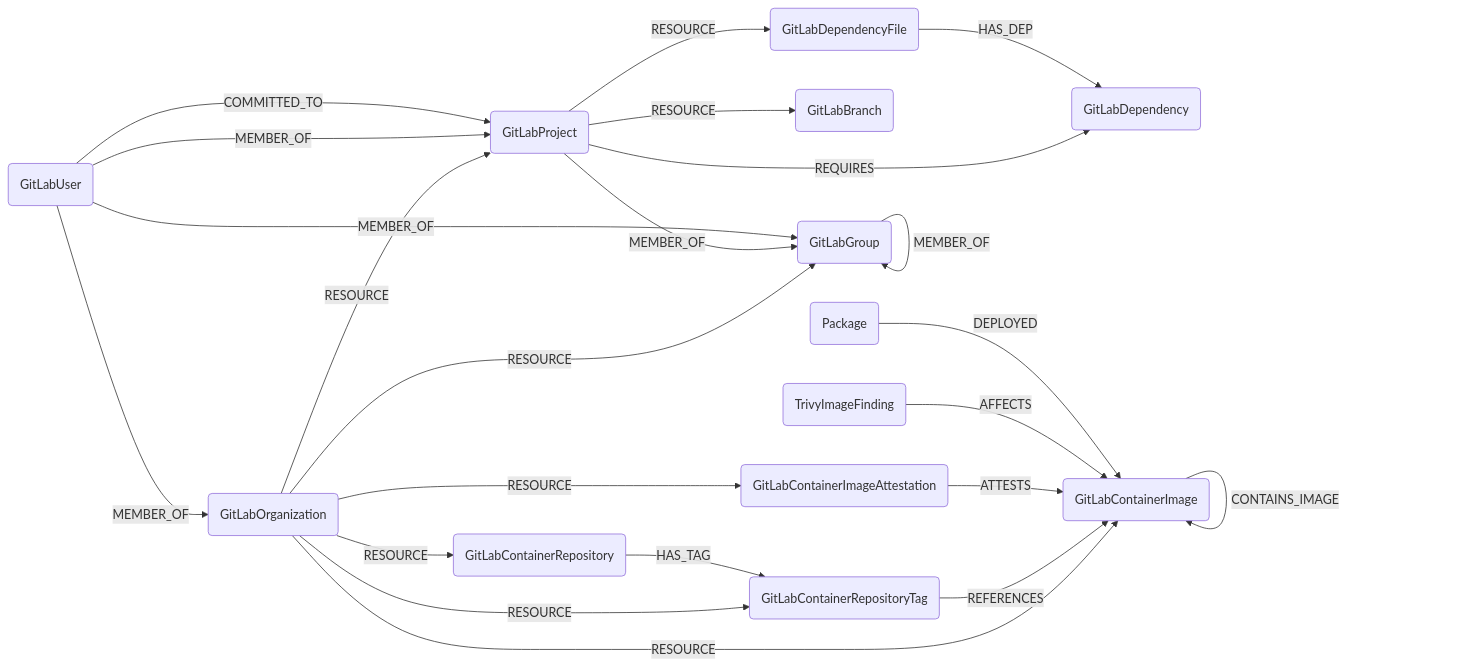
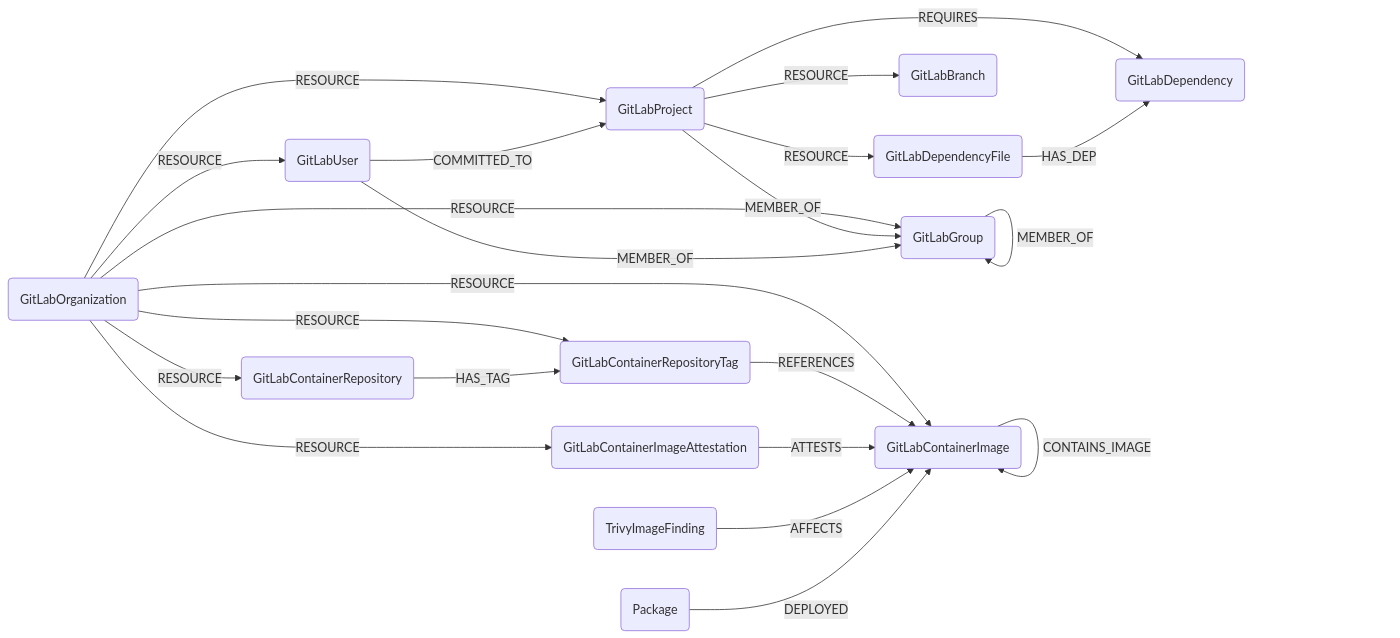
The diagram in docs/root/modules/gitlab/schema.md (cartography-cncf/cartography), drawn with Mermaid before and after one commit. The commit also changed other lines of this file and 6 other files, not shown here.

````diff
--- a/docs/root/modules/gitlab/schema.md
+++ b/docs/root/modules/gitlab/schema.md
@@ -3,30 +3,29 @@
 ```mermaid
 graph LR
 
 O(GitLabOrganization) -- RESOURCE --> G(GitLabGroup)
 O -- RESOURCE --> P(GitLabProject)
+O -- RESOURCE --> U(GitLabUser)
 G -- MEMBER_OF --> G
 P -- MEMBER_OF --> G
-U(GitLabUser) -- MEMBER_OF --> O
 U -- MEMBER_OF --> G
-U -- MEMBER_OF --> P
 U -- COMMITTED_TO --> P
 P -- RESOURCE --> B(GitLabBranch)
 P -- RESOURCE --> DF(GitLabDependencyFile)
 P -- REQUIRES --> D(GitLabDependency)
 DF -- HAS_DEP --> D
 
 %% Container Registry
 O -- RESOURCE --> CR(GitLabContainerRepository)
 O -- RESOURCE --> CI(GitLabContainerImage)
 O -- RESOURCE --> CT(GitLabContainerRepositoryTag)
 O -- RESOURCE --> CA(GitLabContainerImageAttestation)
 CR -- HAS_TAG --> CT
 CT -- REFERENCES --> CI
 CI -- CONTAINS_IMAGE --> CI
 CA -- ATTESTS --> CI
 
 %% Trivy Vulnerability Scanning
 TIF(TrivyImageFinding) -- AFFECTS --> CI
 PKG(Package) -- DEPLOYED --> CI
 ```
````
